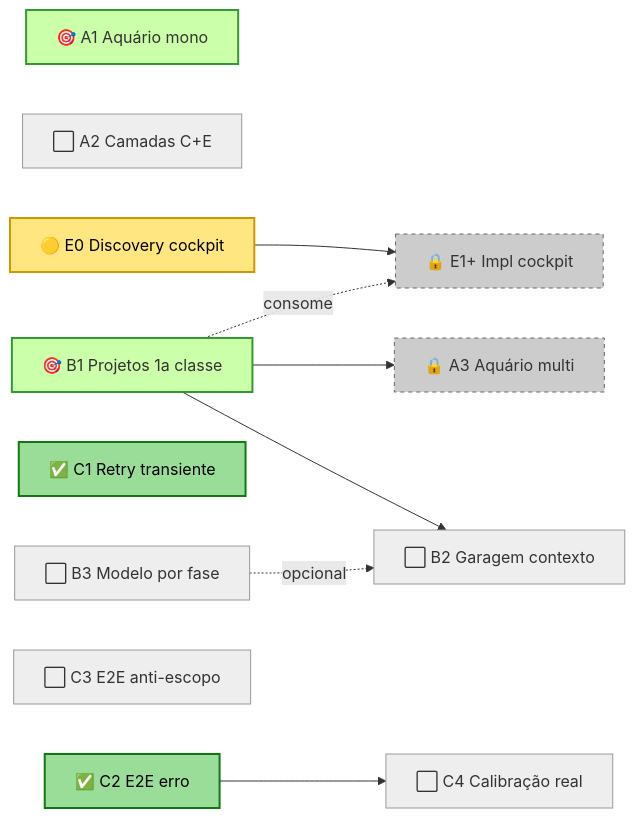
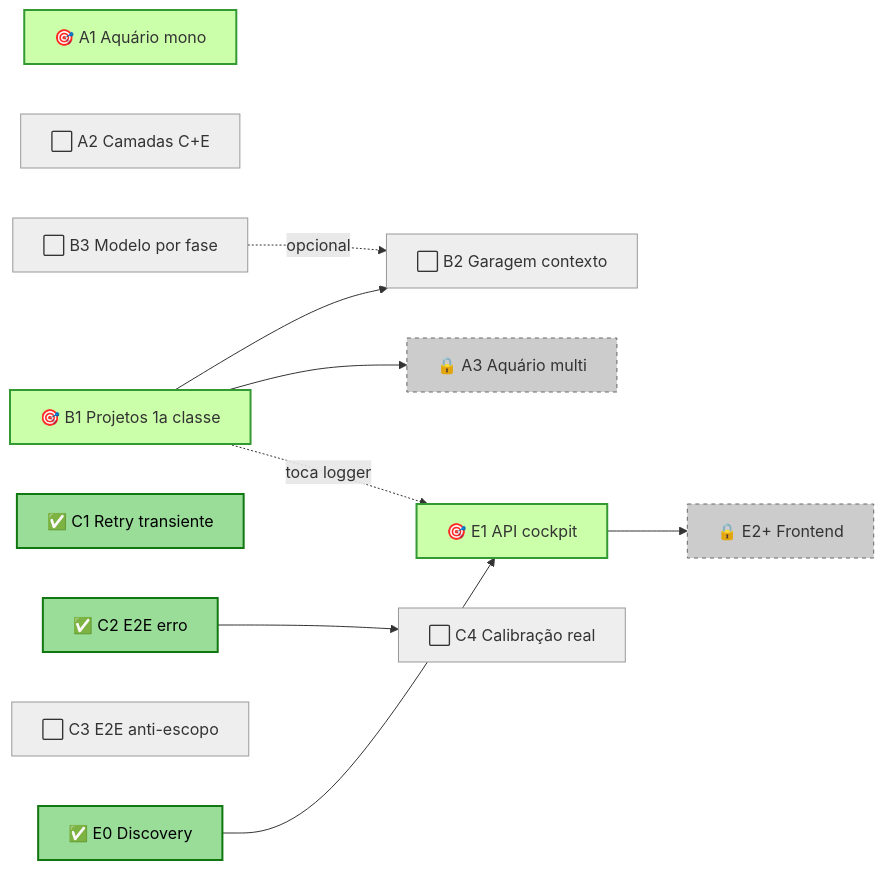
One commit to x-force-42/mmb-core changed the fourth of 4 diagrams in docs/arvore.md. Above: the diagram before and after it, drawn with Mermaid. The commit also changed other lines of this file and 3 other files, not shown here.

First line of the commit message:
docs(E0/E1): fecha discovery do cockpit · abre E1 API implementável

````diff
--- a/docs/arvore.md
+++ b/docs/arvore.md
@@ -187,33 +191,35 @@
 ```mermaid
 flowchart LR
   classDef ready  fill:#cfa,stroke:#393,stroke-width:2px
   classDef done   fill:#9d9,stroke:#171,stroke-width:2px,color:#000
   classDef wip    fill:#ffe680,stroke:#cc9900,stroke-width:2px,color:#000
   classDef todo   fill:#eee,stroke:#999
   classDef locked fill:#ccc,stroke:#666,stroke-dasharray:4
 
   A1[🎯 A1 Aquário mono]:::ready
   A2[⬜ A2 Camadas C+E]:::todo
   A3[🔒 A3 Aquário multi]:::locked
 
   B1[🎯 B1 Projetos 1a classe]:::ready
   B2[⬜ B2 Garagem contexto]:::todo
   B3[⬜ B3 Modelo por fase]:::todo
 
   C1[✅ C1 Retry transiente]:::done
   C2[✅ C2 E2E erro]:::done
   C3[⬜ C3 E2E anti-escopo]:::todo
   C4[⬜ C4 Calibração real]:::todo
 
-  E0[🟡 E0 Discovery cockpit]:::wip
-  E1[🔒 E1+ Impl cockpit]:::locked
+  E0[✅ E0 Discovery]:::done
+  E1[🎯 E1 API cockpit]:::ready
+  E2[🔒 E2+ Frontend]:::locked
 
   E0 --> E1
-  B1 -.consome.-> E1
+  E1 --> E2
+  B1 -.toca logger.-> E1
 
   B1 --> A3
   B1 --> B2
   C2 --> C4
 
   B3 -.opcional.-> B2
 ```
````
